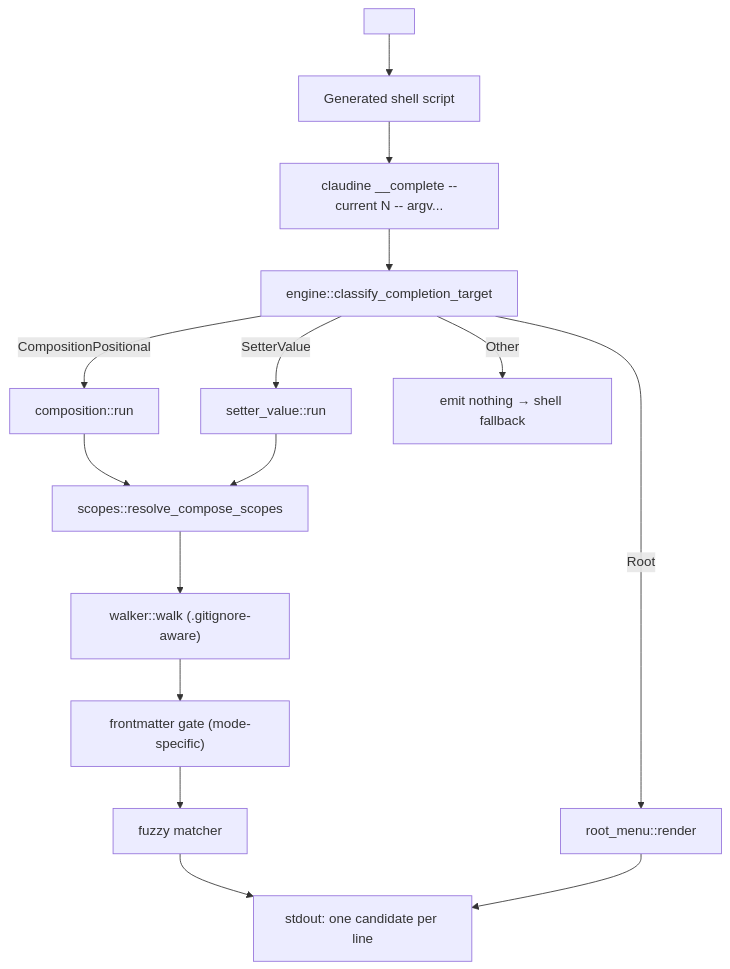
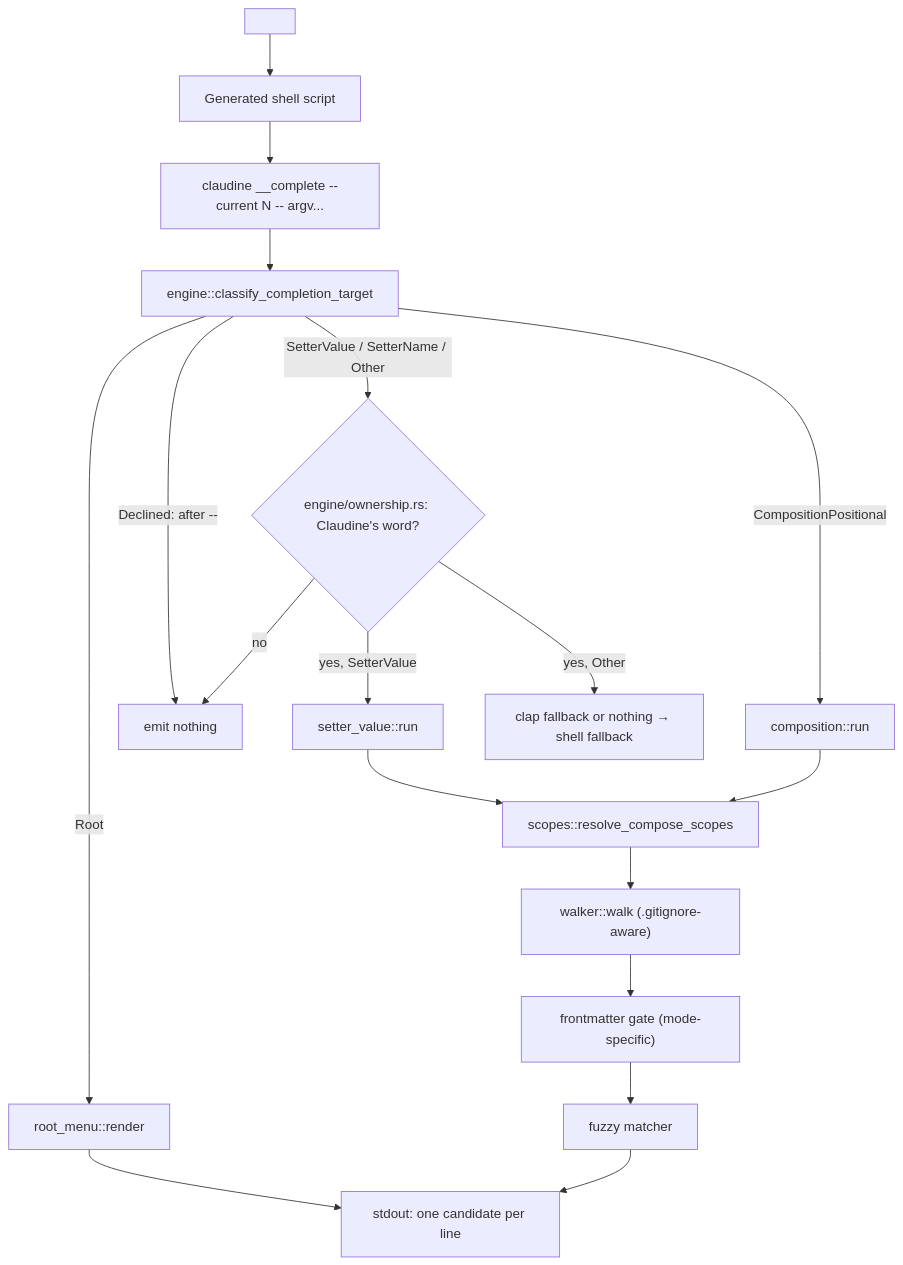
Before and after one commit to yankeeinlondon/rusty-biscuit: the second of 2 diagrams in claudine/docs/topics/completions/shell-completions.md, drawn with Mermaid. The commit also changed other lines of this file and 22 other files, not shown here.

First line of the commit message:
feat(claudine): complete provider arguments with type-aware ownership

````diff
--- a/claudine/docs/topics/completions/shell-completions.md
+++ b/claudine/docs/topics/completions/shell-completions.md
@@ -971,17 +1063,20 @@
 ```mermaid
 flowchart TD
     A["<TAB>"] --> B["Generated shell script"]
     B --> C["claudine __complete --current N -- argv..."]
     C --> D["engine::classify_completion_target"]
     D -->|Root| E["root_menu::render"]
     D -->|CompositionPositional| F["composition::run"]
-    D -->|SetterValue| G["setter_value::run"]
-    D -->|Other| H["emit nothing → shell fallback"]
+    D -->|SetterValue / SetterName / Other| O{"engine/ownership.rs: Claudine's word?"}
+    O -->|no| H2["emit nothing"]
+    O -->|yes, SetterValue| G["setter_value::run"]
+    O -->|yes, Other| H["clap fallback or nothing → shell fallback"]
+    D -->|Declined: after --| H2
     F --> I["scopes::resolve_compose_scopes"]
     G --> I
     I --> J["walker::walk (.gitignore-aware)"]
     J --> K["frontmatter gate (mode-specific)"]
     K --> L["fuzzy matcher"]
     L --> M["stdout: one candidate per line"]
     E --> M
 ```
````
